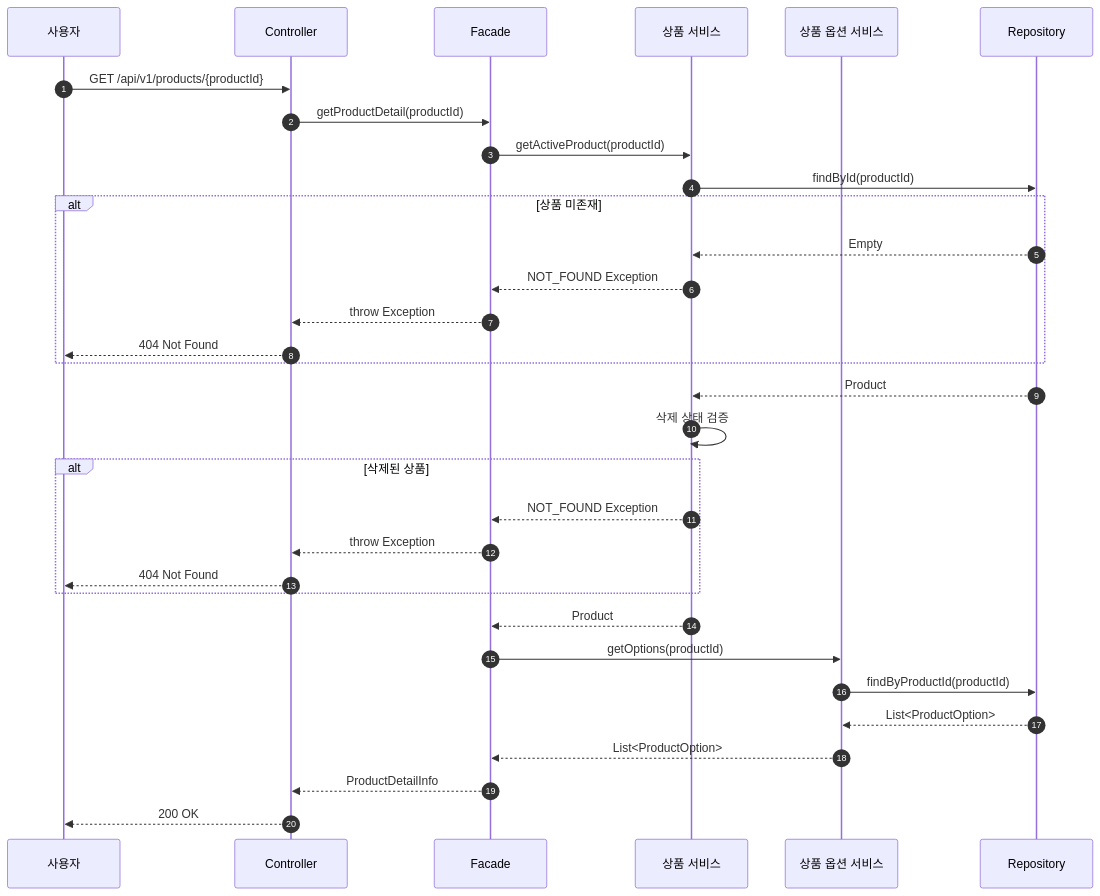
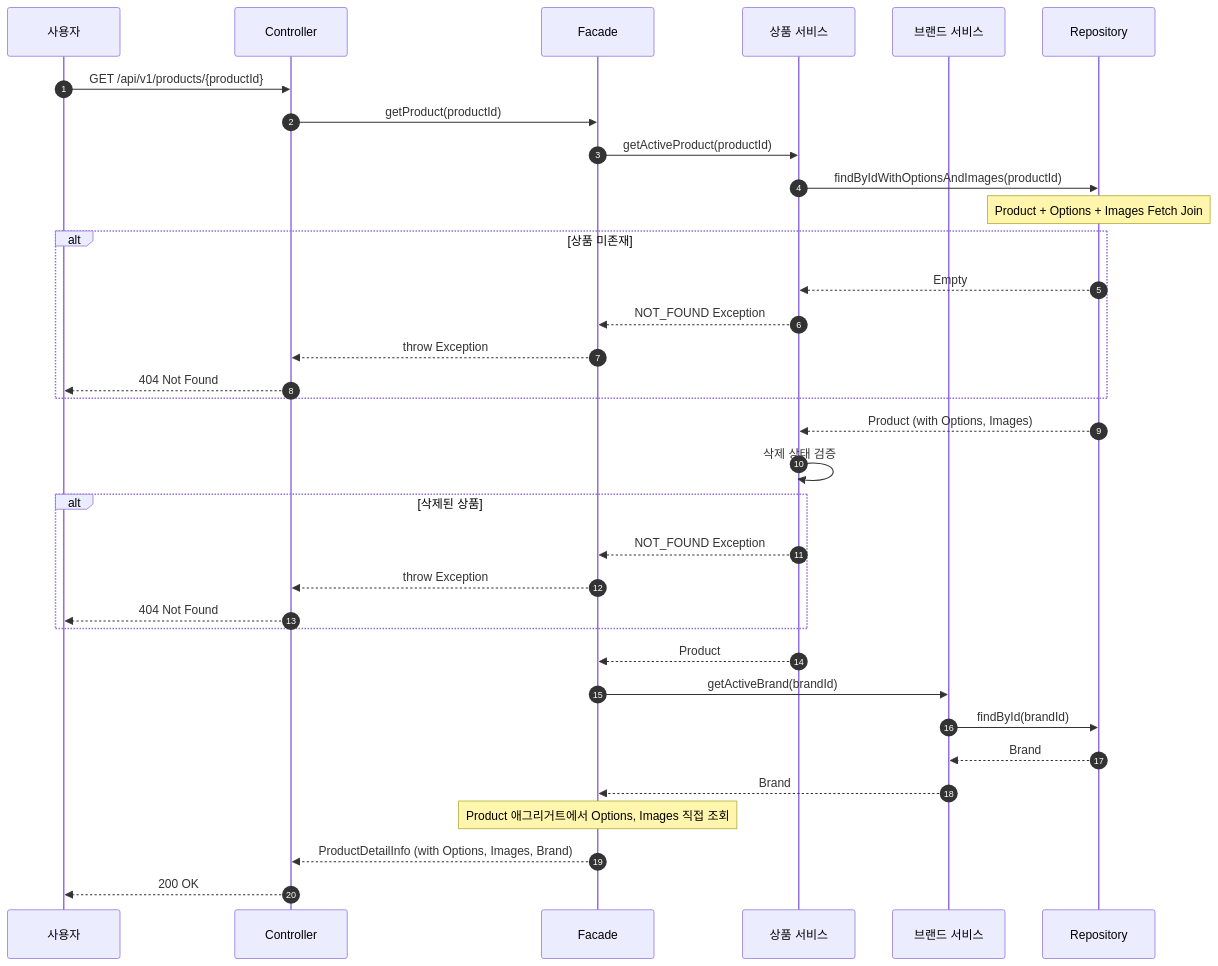
Before and after one commit to letter333/loop-pack-be-l2-vol3-java: the third of 18 diagrams in docs/design/02-sequence-diagram.md, drawn with Mermaid. The commit also changed other lines of this file and 1 other file, not shown here.

Commit message:
docs: Product 애그리거트 재설계 내용 설계 문서 반영
- 시퀀스 다이어그램: ProductOptionService 제거, Fetch Join 방식으로 변경
- 클래스 다이어그램: Product가 Options, Images를 애그리거트로 관리
- ProductFacade에서 ProductOptionService 의존성 제거
- ProductRepository에 findByIdWithOptionsAndImages() 메서드 추가

````diff
--- a/docs/design/02-sequence-diagram.md
+++ b/docs/design/02-sequence-diagram.md
@@ -85,39 +85,41 @@
 ```mermaid
 sequenceDiagram
     autonumber
     participant Client as 사용자
     participant Controller
     participant Facade
     participant ProductService as 상품 서비스
-    participant ProductOptionService as 상품 옵션 서비스
+    participant BrandService as 브랜드 서비스
     participant Repository
 
     Client->>Controller: GET /api/v1/products/{productId}
-    Controller->>Facade: getProductDetail(productId)
+    Controller->>Facade: getProduct(productId)
     Facade->>ProductService: getActiveProduct(productId)
-    ProductService->>Repository: findById(productId)
+    ProductService->>Repository: findByIdWithOptionsAndImages(productId)
+    Note over Repository: Product + Options + Images Fetch Join
 
     alt 상품 미존재
         Repository-->>ProductService: Empty
         ProductService-->>Facade: NOT_FOUND Exception
         Facade-->>Controller: throw Exception
         Controller-->>Client: 404 Not Found
     end
 
-    Repository-->>ProductService: Product
+    Repository-->>ProductService: Product (with Options, Images)
     ProductService->>ProductService: 삭제 상태 검증
 
     alt 삭제된 상품
         ProductService-->>Facade: NOT_FOUND Exception
         Facade-->>Controller: throw Exception
         Controller-->>Client: 404 Not Found
     end
 
     ProductService-->>Facade: Product
-    Facade->>ProductOptionService: getOptions(productId)
-    ProductOptionService->>Repository: findByProductId(productId)
-    Repository-->>ProductOptionService: List<ProductOption>
-    ProductOptionService-->>Facade: List<ProductOption>
-    Facade-->>Controller: ProductDetailInfo
+    Facade->>BrandService: getActiveBrand(brandId)
+    BrandService->>Repository: findById(brandId)
+    Repository-->>BrandService: Brand
+    BrandService-->>Facade: Brand
+    Note over Facade: Product 애그리거트에서 Options, Images 직접 조회
+    Facade-->>Controller: ProductDetailInfo (with Options, Images, Brand)
     Controller-->>Client: 200 OK
 ```
````
